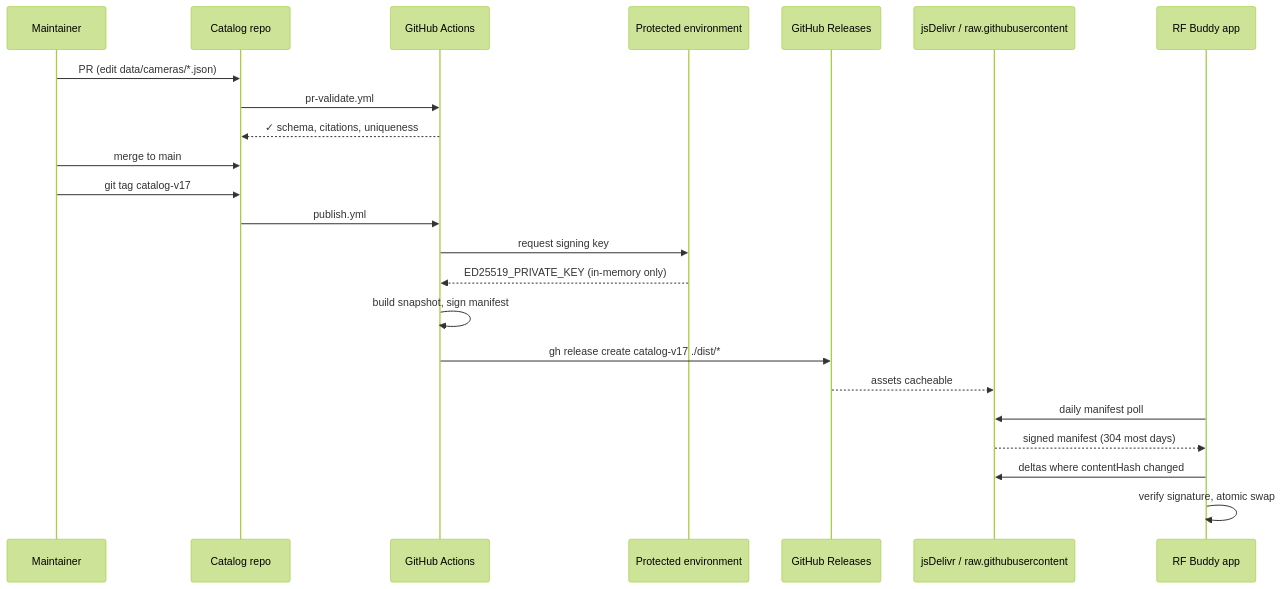
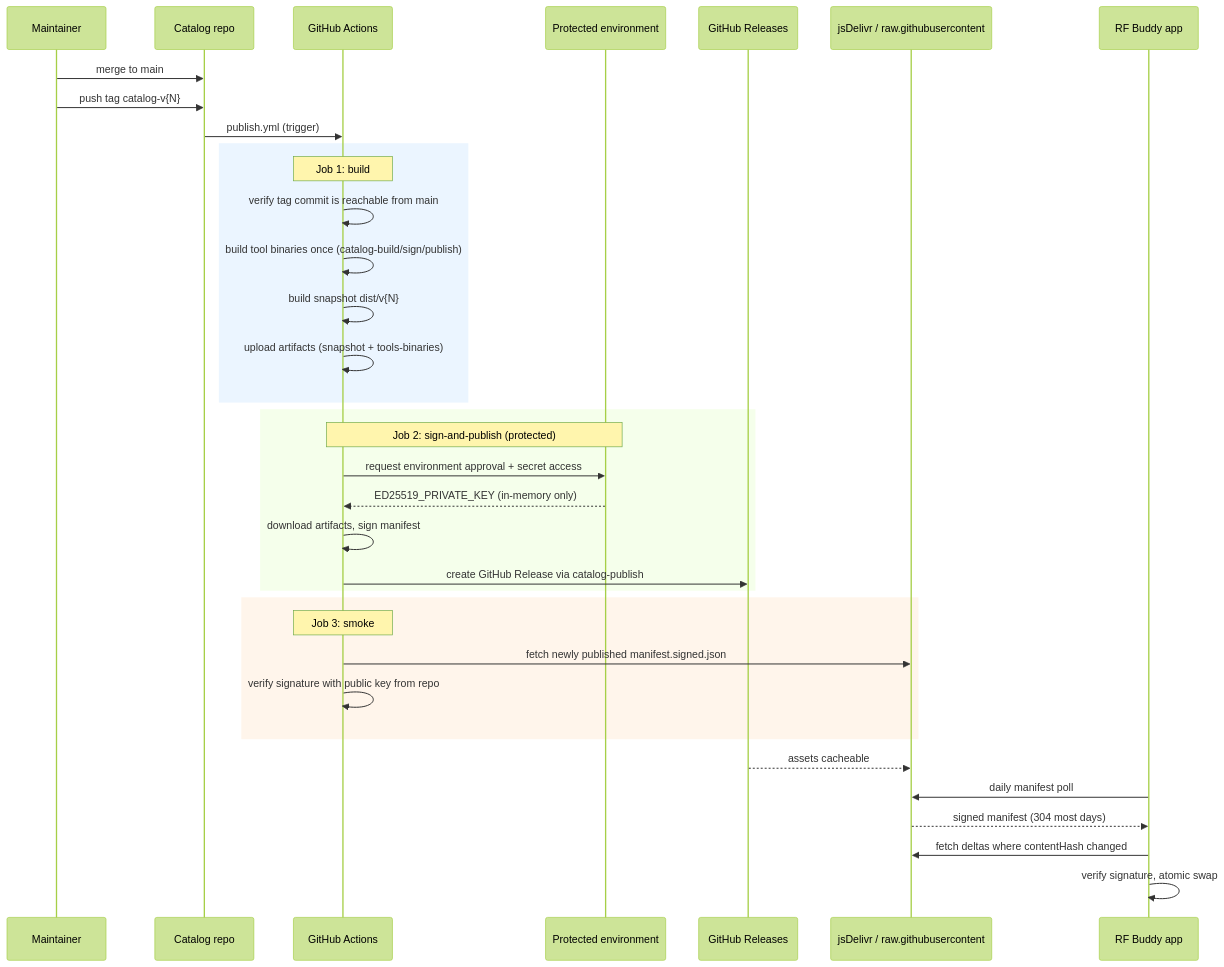
One commit to sobchak-security/Catalog changed the third of 3 diagrams in docs/ARCHITECTURE.md. Above: the diagram before and after it, drawn with Mermaid (forest theme). The commit also changed other lines of this file and 5 other files, not shown here.

````diff
--- a/docs/ARCHITECTURE.md
+++ b/docs/ARCHITECTURE.md
@@ -283,26 +287,42 @@
 ```mermaid
 sequenceDiagram
     participant Dev as Maintainer
     participant Repo as Catalog repo
     participant CI as GitHub Actions
     participant Env as Protected environment
     participant Rel as GitHub Releases
     participant CDN as jsDelivr / raw.githubusercontent
     participant App as RF Buddy app
 
-    Dev->>Repo: PR (edit data/cameras/*.json)
-    Repo->>CI: pr-validate.yml
-    CI-->>Repo: ✓ schema, citations, uniqueness
     Dev->>Repo: merge to main
-    Dev->>Repo: git tag catalog-v17
-    Repo->>CI: publish.yml
-    CI->>Env: request signing key
-    Env-->>CI: ED25519_PRIVATE_KEY (in-memory only)
-    CI->>CI: build snapshot, sign manifest
-    CI->>Rel: gh release create catalog-v17 ./dist/*
+    Dev->>Repo: push tag catalog-v{N}
+    Repo->>CI: publish.yml (trigger)
+
+    rect rgb(235,245,255)
+      Note over CI: Job 1: build
+      CI->>CI: verify tag commit is reachable from main
+      CI->>CI: build tool binaries once (catalog-build/sign/publish)
+      CI->>CI: build snapshot dist/v{N}
+      CI->>CI: upload artifacts (snapshot + tools-binaries)
+    end
+
+    rect rgb(245,255,235)
+      Note over CI,Env: Job 2: sign-and-publish (protected)
+      CI->>Env: request environment approval + secret access
+      Env-->>CI: ED25519_PRIVATE_KEY (in-memory only)
+      CI->>CI: download artifacts, sign manifest
+      CI->>Rel: create GitHub Release via catalog-publish
+    end
+
+    rect rgb(255,245,235)
+      Note over CI: Job 3: smoke
+      CI->>CDN: fetch newly published manifest.signed.json
+      CI->>CI: verify signature with public key from repo
+    end
+
     Rel-->>CDN: assets cacheable
     App->>CDN: daily manifest poll
     CDN-->>App: signed manifest (304 most days)
-    App->>CDN: deltas where contentHash changed
+    App->>CDN: fetch deltas where contentHash changed
     App->>App: verify signature, atomic swap
 ```
````
